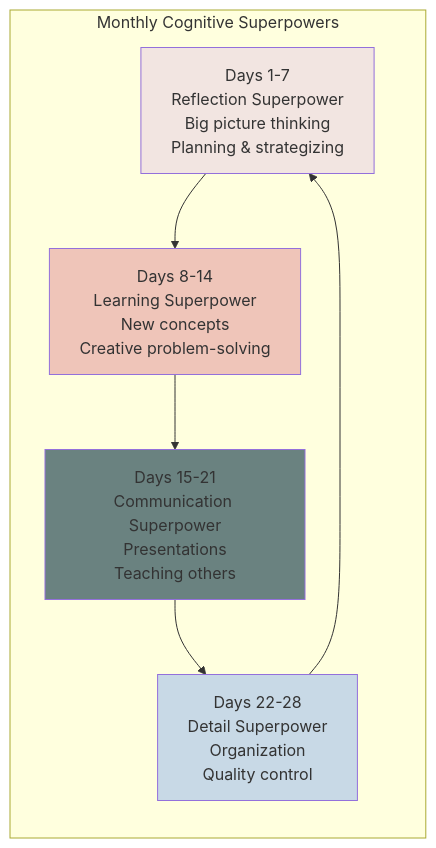
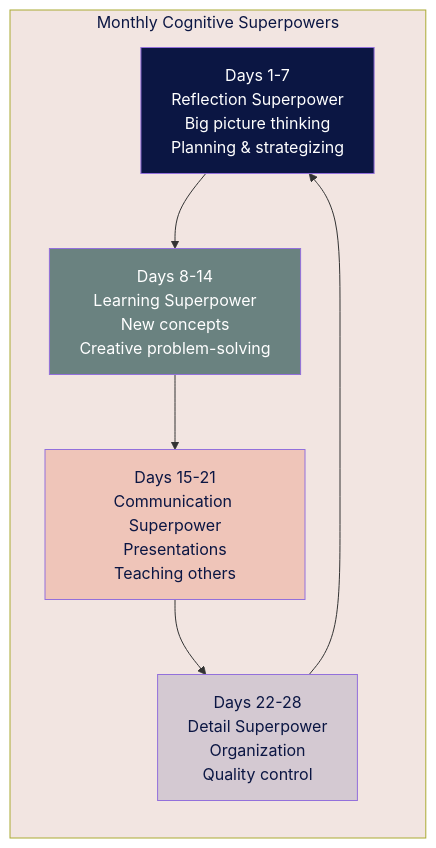
One commit to ninabrenes/ai-for-normal-people changed the fourth of 5 diagrams in how-to-learn-anything.md. Above: the diagram before and after it, drawn with Mermaid. The commit also changed other lines of this file, not shown here.

````diff
--- a/how-to-learn-anything.md
+++ b/how-to-learn-anything.md
@@ -116,16 +128,17 @@
 ```mermaid
 graph LR
     subgraph Cycle[Monthly Cognitive Superpowers]
         M[Days 1-7<br/>Reflection Superpower<br/>Big picture thinking<br/>Planning & strategizing]
         F[Days 8-14<br/>Learning Superpower<br/>New concepts<br/>Creative problem-solving]
         O[Days 15-21<br/>Communication Superpower<br/>Presentations<br/>Teaching others]
         L[Days 22-28<br/>Detail Superpower<br/>Organization<br/>Quality control]
     end
     
     M --> F --> O --> L --> M
     
-    style M fill:#f2e5e1
-    style F fill:#efc5b9
-    style O fill:#6a8280
-    style L fill:#c8d9e6
+    style M fill:#0b1643,color:#ffffff
+    style F fill:#6a8280,color:#ffffff
+    style O fill:#efc5b9,color:#0b1643
+    style L fill:#d4c9d2,color:#0b1643
+    style Cycle fill:#f2e5e1,color:#0b1643
 ```
````
